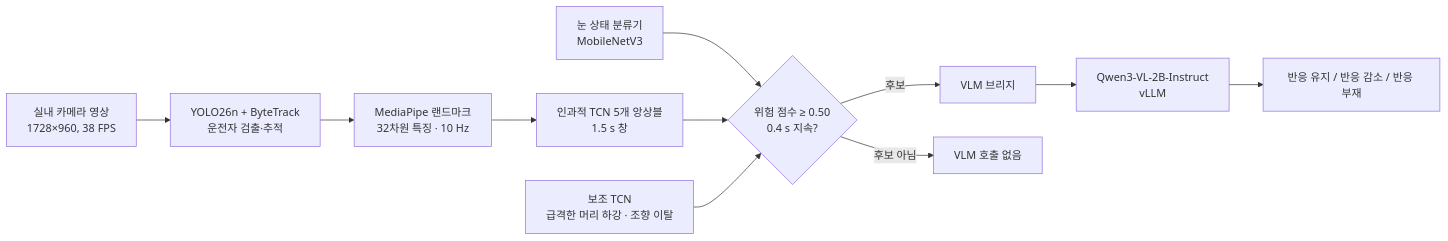
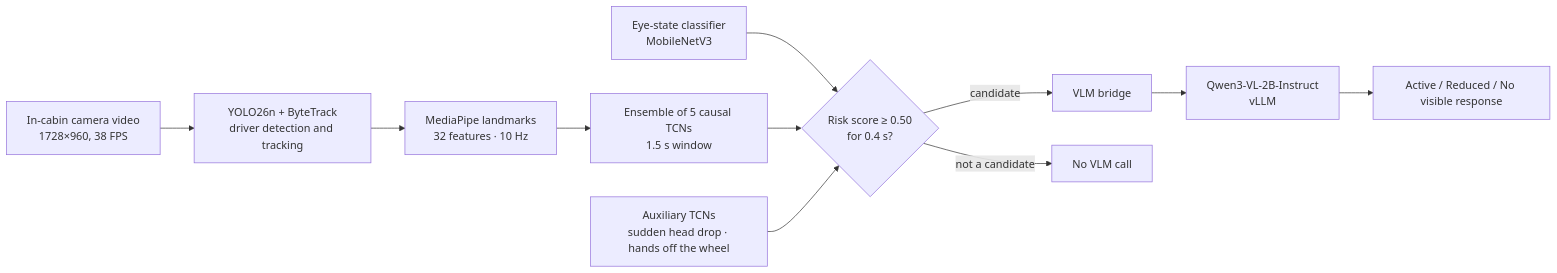
Before and after one commit to sangj-03/VLM-LLM: the diagram in README.md, drawn with Mermaid. The commit also changed other lines of this file and 2 other files, not shown here.

````diff
--- a/README.md
+++ b/README.md
@@ -27,13 +29,13 @@
 ```mermaid
 flowchart LR
-    V[실내 카메라 영상<br/>1728×960, 38 FPS] --> Y[YOLO26n + ByteTrack<br/>운전자 검출·추적]
-    Y --> F[MediaPipe 랜드마크<br/>32차원 특징 · 10 Hz]
-    F --> T[인과적 TCN 5개 앙상블<br/>1.5 s 창]
-    E[눈 상태 분류기<br/>MobileNetV3] --> R
-    T --> R{위험 점수 ≥ 0.50<br/>0.4 s 지속?}
-    O[보조 TCN<br/>급격한 머리 하강 · 조향 이탈] --> R
-    R -- 후보 --> B[VLM 브리지]
+    V[In-cabin camera video<br/>1728×960, 38 FPS] --> Y[YOLO26n + ByteTrack<br/>driver detection and tracking]
+    Y --> F[MediaPipe landmarks<br/>32 features · 10 Hz]
+    F --> T[Ensemble of 5 causal TCNs<br/>1.5 s window]
+    E[Eye-state classifier<br/>MobileNetV3] --> R
+    T --> R{Risk score ≥ 0.50<br/>for 0.4 s?}
+    O[Auxiliary TCNs<br/>sudden head drop · hands off the wheel] --> R
+    R -- candidate --> B[VLM bridge]
     B --> Q[Qwen3-VL-2B-Instruct<br/>vLLM]
-    Q --> S[반응 유지 / 반응 감소 / 반응 부재]
-    R -- 후보 아님 --> A[VLM 호출 없음]
+    Q --> S[Active / Reduced / No visible response]
+    R -- not a candidate --> A[No VLM call]
 ```
````
